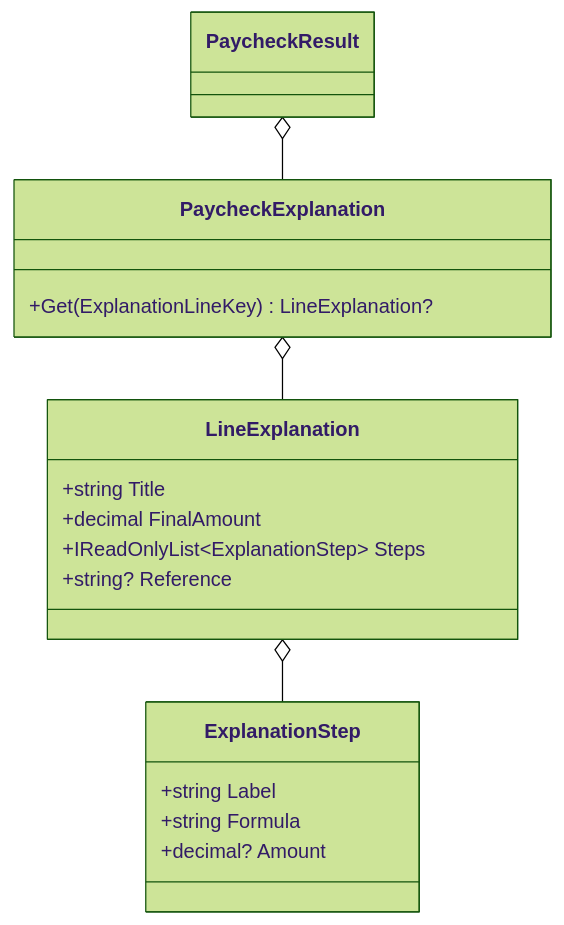
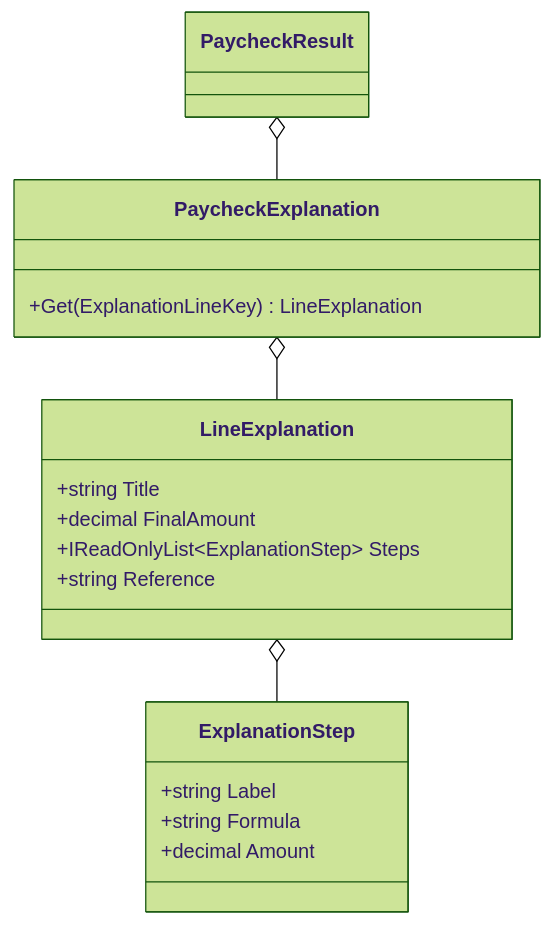
One commit to Fibonacci-0112/PaycheckCalculator changed the fifth of 9 diagrams in docs/class-diagram.md. Above: the diagram before and after it, drawn with Mermaid (forest theme). The commit also changed other lines of this file, not shown here.

Commit message:
Tighten Mermaid class diagram syntax

````diff
--- a/docs/class-diagram.md
+++ b/docs/class-diagram.md
@@ -301,23 +297,23 @@
 ```mermaid
 classDiagram
     direction TB
 
     class PaycheckExplanation {
-        +Get(ExplanationLineKey) LineExplanation?
+        +Get(ExplanationLineKey) LineExplanation
     }
     class LineExplanation {
         +string Title
         +decimal FinalAmount
         +IReadOnlyList~ExplanationStep~ Steps
-        +string? Reference
+        +string Reference
     }
     class ExplanationStep {
         +string Label
         +string Formula
-        +decimal? Amount
+        +decimal Amount
     }
 
     PaycheckResult o-- PaycheckExplanation
     PaycheckExplanation o-- LineExplanation
     LineExplanation o-- ExplanationStep
 ```
````
